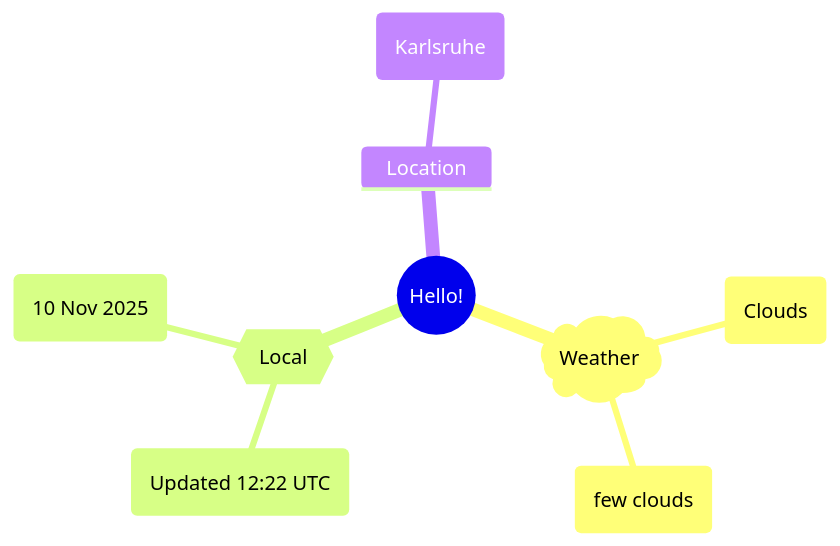
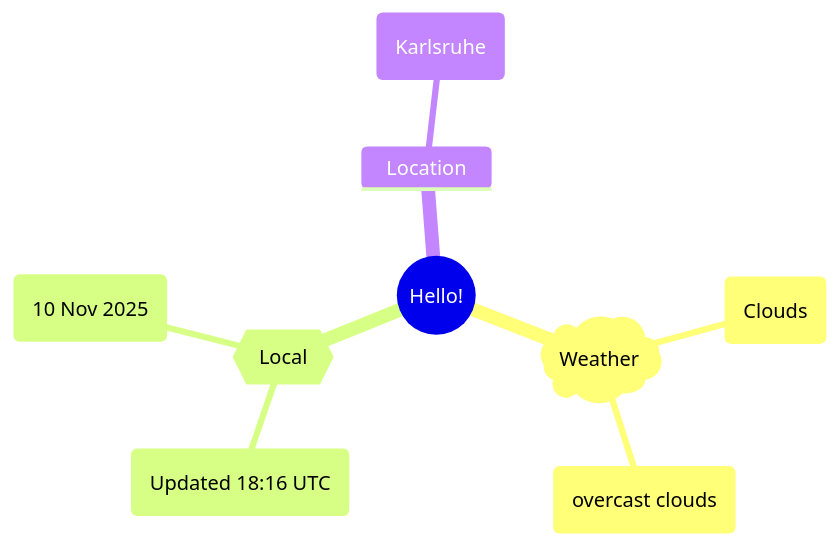
The first of 2 diagrams in README.md (Xosrov/Xosrov), drawn with Mermaid before and after one commit.

Commit message:
[bot] updated images

````diff
--- a/README.md
+++ b/README.md
@@ -3,12 +3,12 @@
 ```mermaid
 mindmap
   root((Hello!))
     )Weather(
         (Clouds)
-        (few clouds)
+        (overcast clouds)
     {{Local}}
-        (Updated 12:22 UTC)
+        (Updated 18:16 UTC)
         (10 Nov 2025)
     Location
         (Karlsruhe)
 ```
````
